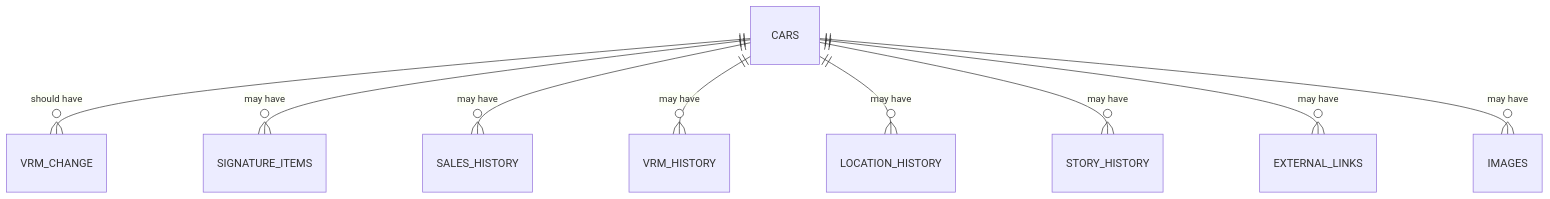
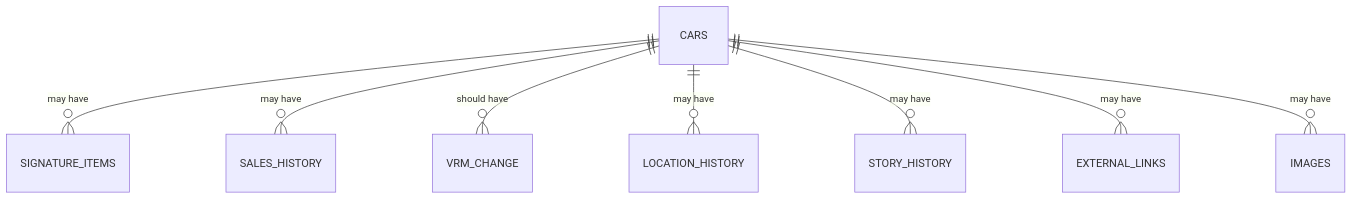
The diagram in docs/Database.md (andyeder/trophy-tracker-2-docs), drawn with Mermaid before and after one commit. The commit also changed other lines of this file, not shown here.

````diff
--- a/docs/Database.md
+++ b/docs/Database.md
@@ -114,11 +122,10 @@
 ```mermaid
 erDiagram
-  CARS ||--o{ VRM_CHANGE : "should have"
   CARS ||--o{ SIGNATURE_ITEMS : "may have"
   CARS ||--o{ SALES_HISTORY : "may have"
-  CARS ||--o{ VRM_HISTORY : "may have"
+  CARS ||--o{ VRM_CHANGE : "should have"
   CARS ||--o{ LOCATION_HISTORY : "may have"
   CARS ||--o{ STORY_HISTORY : "may have"
   CARS ||--o{ EXTERNAL_LINKS : "may have"
   CARS ||--o{ IMAGES : "may have"
 ```
````
